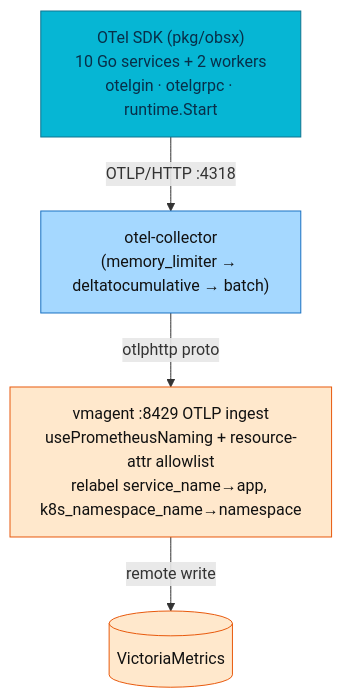
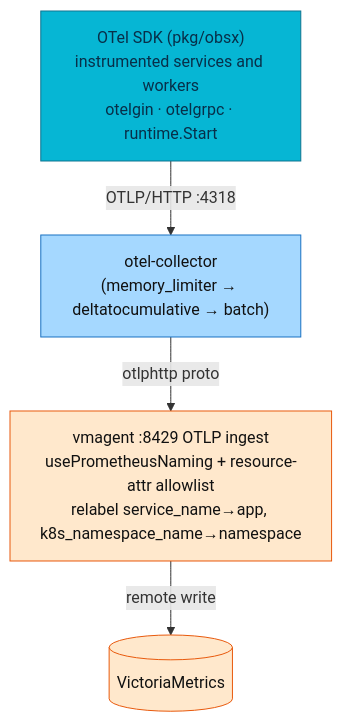
The second of 2 diagrams in docs/api/metrics.md (duynhlab/homelab), drawn with Mermaid before and after one commit. The commit also changed other lines of this file and 7 other files, not shown here.

````diff
--- a/docs/api/metrics.md
+++ b/docs/api/metrics.md
@@ -170,19 +169,19 @@
 ```mermaid
 flowchart TD
-    SDK["OTel SDK (pkg/obsx)<br/>10 Go services + 2 workers<br/>otelgin · otelgrpc · runtime.Start"] -->|"OTLP/HTTP :4318"| COL["otel-collector<br/>(memory_limiter → deltatocumulative → batch)"]
+    SDK["OTel SDK (pkg/obsx)<br/>instrumented services and workers<br/>otelgin · otelgrpc · runtime.Start"] -->|"OTLP/HTTP :4318"| COL["otel-collector<br/>(memory_limiter → deltatocumulative → batch)"]
     COL -->|"otlphttp proto"| VMA["vmagent :8429 OTLP ingest<br/>usePrometheusNaming + resource-attr allowlist<br/>relabel service_name→app, k8s_namespace_name→namespace"]
     VMA -->|remote write| VMS[("VictoriaMetrics")]
 
     classDef service fill:#06b6d4,color:#082f49,stroke:#0e7490;
     classDef edge fill:#2563eb,color:#fff,stroke:#1e3a8a;
     classDef platform fill:#7c3aed,color:#fff,stroke:#5b21b6;
     classDef external fill:#64748b,color:#fff,stroke:#334155;
     classDef data fill:#22c55e,color:#052e16,stroke:#15803d;
     classDef metric fill:#ffe8cc,color:#111,stroke:#e8590c;
     classDef log fill:#d3f9d8,color:#111,stroke:#2f9e44;
     classDef trace fill:#c5f6fa,color:#111,stroke:#0c8599;
     classDef collector fill:#a5d8ff,color:#111,stroke:#1971c2;
     class SDK service;
     class COL collector;
     class VMA,VMS metric;
 ```
````
